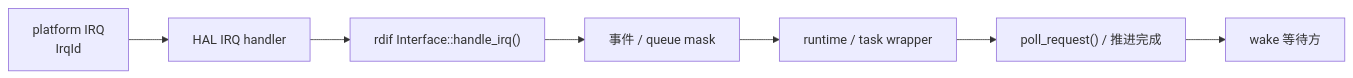
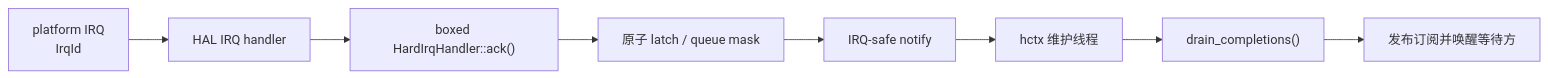
Before and after one commit to rcore-os/tgoskits: the second of 2 diagrams in docs/docs/architecture/driver/irq.md, drawn with Mermaid. The commit also changed other lines of this file and 163 other files, not shown here.

````diff
--- a/docs/docs/architecture/driver/irq.md
+++ b/docs/docs/architecture/driver/irq.md
@@ -135,9 +140,10 @@
 ```mermaid
 flowchart LR
     Irq["platform IRQ<br/>IrqId"] --> Handler["HAL IRQ handler"]
-    Handler --> Rdif["rdif Interface::handle_irq()"]
-    Rdif --> Event["事件 / queue mask"]
-    Event --> Runtime["runtime / task wrapper"]
-    Runtime --> Poll["poll_request() / 推进完成"]
-    Poll --> Wake["wake 等待方"]
+    Handler --> Ack["boxed HardIrqHandler::ack()"]
+    Ack --> Latch["原子 latch / queue mask"]
+    Latch --> Notify["IRQ-safe notify"]
+    Notify --> Hctx["hctx 维护线程"]
+    Hctx --> Drain["drain_completions()"]
+    Drain --> Wake["发布订阅并唤醒等待方"]
 ```
````
